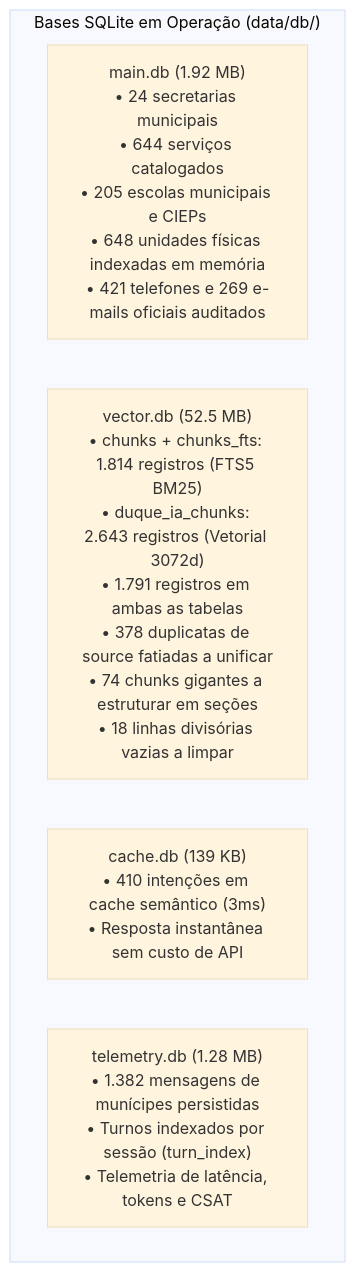
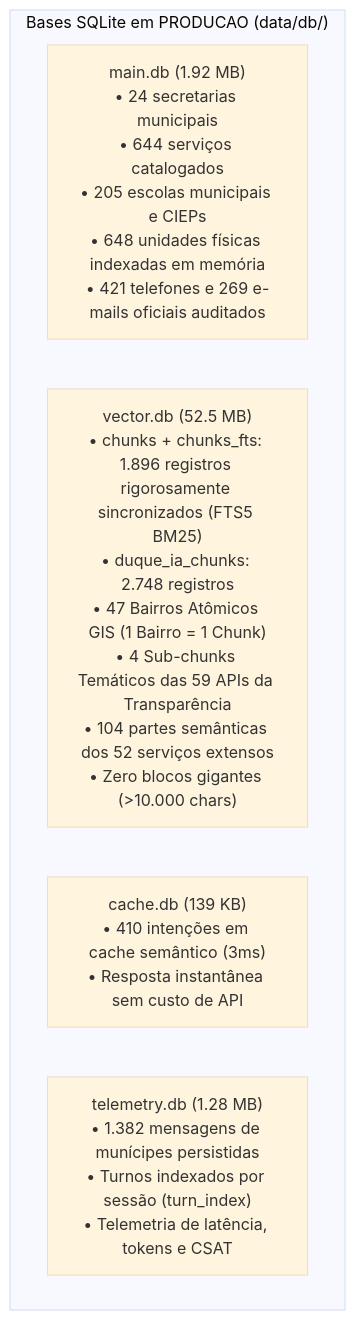
The diagram in docs/PLANO_MESTRE_AUDITORIA_E_CONSOLIDACAO_DADOS.md (ouvidoriag/duqueia), drawn with Mermaid (base theme) before and after one commit. The commit also changed other lines of this file and 7 other files, not shown here.

Commit message:
feat(rag): concluir etapa 1 e etapa 2 - integridade de chunks, 47 bairros GIS e subdivisao de servicos

````diff
--- a/docs/PLANO_MESTRE_AUDITORIA_E_CONSOLIDACAO_DADOS.md
+++ b/docs/PLANO_MESTRE_AUDITORIA_E_CONSOLIDACAO_DADOS.md
@@ -109,9 +104,9 @@
 ```mermaid
 flowchart TD
-    subgraph ArquiteturaProducao["Bases SQLite em Operação (data/db/)"]
+    subgraph ArquiteturaProducaoPosEtapa2["Bases SQLite em PRODUCAO (data/db/)"]
         M["main.db (1.92 MB)<br>• 24 secretarias municipais<br>• 644 serviços catalogados<br>• 205 escolas municipais e CIEPs<br>• 648 unidades físicas indexadas em memória<br>• 421 telefones e 269 e-mails oficiais auditados"]
-        V["vector.db (52.5 MB)<br>• chunks + chunks_fts: 1.814 registros (FTS5 BM25)<br>• duque_ia_chunks: 2.643 registros (Vetorial 3072d)<br>• 1.791 registros em ambas as tabelas<br>• 378 duplicatas de source fatiadas a unificar<br>• 74 chunks gigantes a estruturar em seções<br>• 18 linhas divisórias vazias a limpar"]
+        V["vector.db (52.5 MB)<br>• chunks + chunks_fts: 1.896 registros rigorosamente sincronizados (FTS5 BM25)<br>• duque_ia_chunks: 2.748 registros<br>• 47 Bairros Atômicos GIS (1 Bairro = 1 Chunk)<br>• 4 Sub-chunks Temáticos das 59 APIs da Transparência<br>• 104 partes semânticas dos 52 serviços extensos<br>• Zero blocos gigantes (>10.000 chars)"]
         C["cache.db (139 KB)<br>• 410 intenções em cache semântico (3ms)<br>• Resposta instantânea sem custo de API"]
         T["telemetry.db (1.28 MB)<br>• 1.382 mensagens de munícipes persistidas<br>• Turnos indexados por sessão (turn_index)<br>• Telemetria de latência, tokens e CSAT"]
     end
 ```
````
